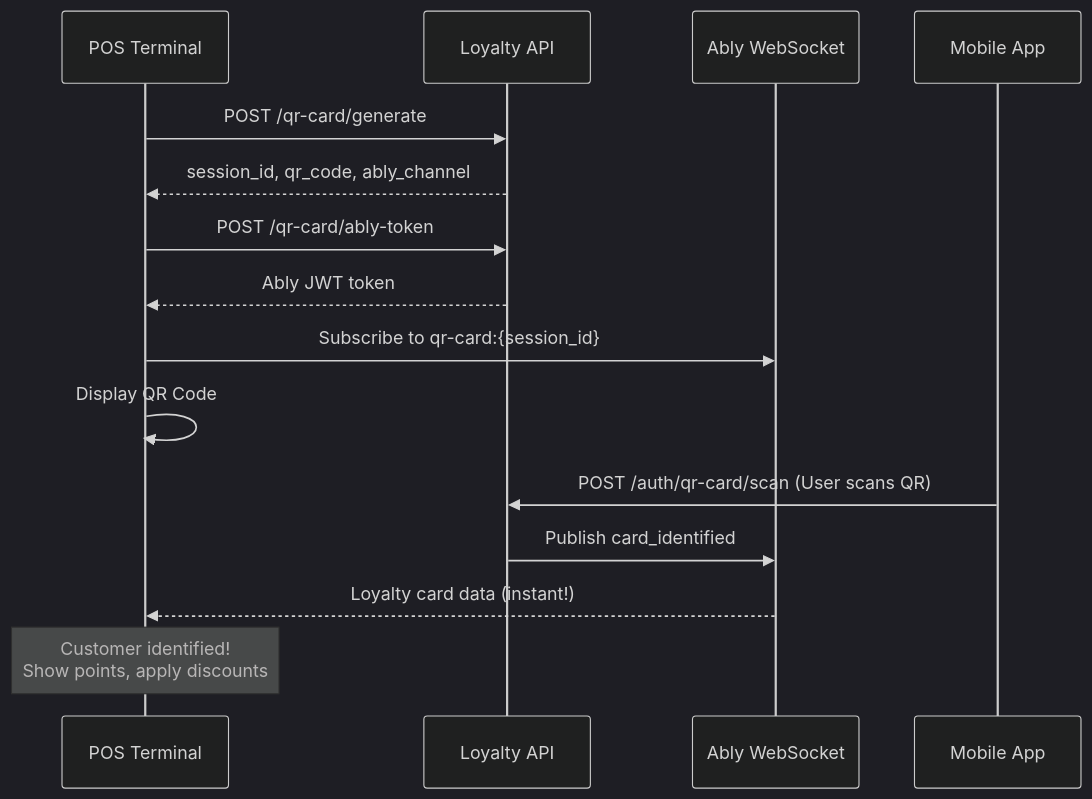
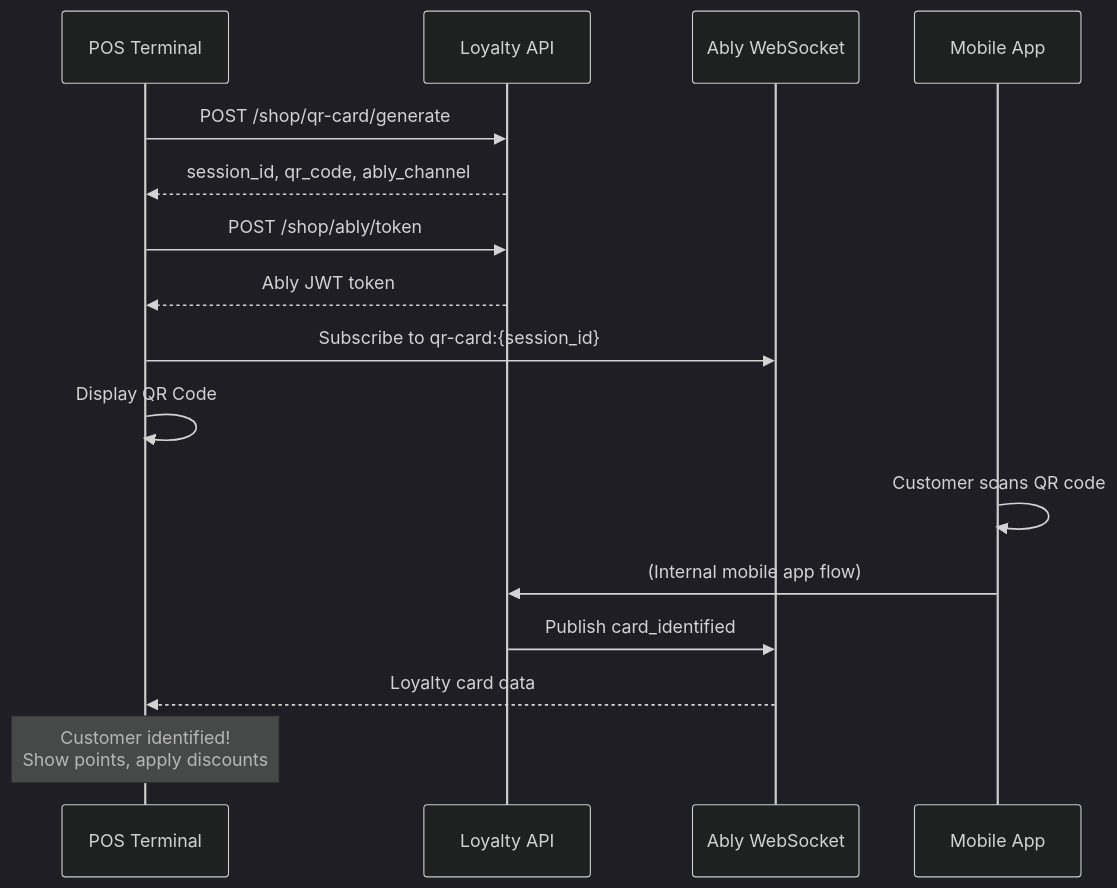
The diagram in api-reference/endpoints/shop/auth/qr-card-scan.mdx (Loyalty-lt/docs), drawn with Mermaid (dark theme) before and after one commit. The commit also changed other lines of this file and 2 other files, not shown here.

First line of the commit message:
security: Remove internal API endpoints from documentation

````diff
--- a/api-reference/endpoints/shop/auth/qr-card-scan.mdx
+++ b/api-reference/endpoints/shop/auth/qr-card-scan.mdx
@@ -17,20 +17,21 @@
 ```mermaid
 sequenceDiagram
     participant POS as POS Terminal
     participant API as Loyalty API
     participant Ably as Ably WebSocket
     participant App as Mobile App
     
-    POS->>API: POST /qr-card/generate
+    POS->>API: POST /shop/qr-card/generate
     API-->>POS: session_id, qr_code, ably_channel
-    POS->>API: POST /qr-card/ably-token
+    POS->>API: POST /shop/ably/token
     API-->>POS: Ably JWT token
     POS->>Ably: Subscribe to qr-card:{session_id}
     POS->>POS: Display QR Code
     
-    App->>API: POST /auth/qr-card/scan (User scans QR)
+    App->>App: Customer scans QR code
+    App->>API: (Internal mobile app flow)
     API->>Ably: Publish card_identified
-    Ably-->>POS: Loyalty card data (instant!)
+    Ably-->>POS: Loyalty card data
     
     Note over POS: Customer identified!<br/>Show points, apply discounts
 ```
````
